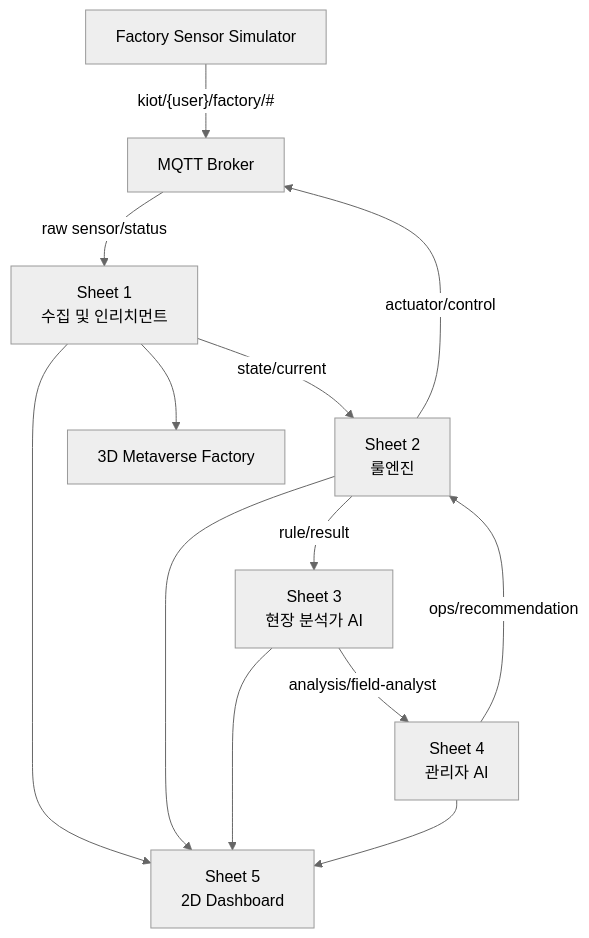
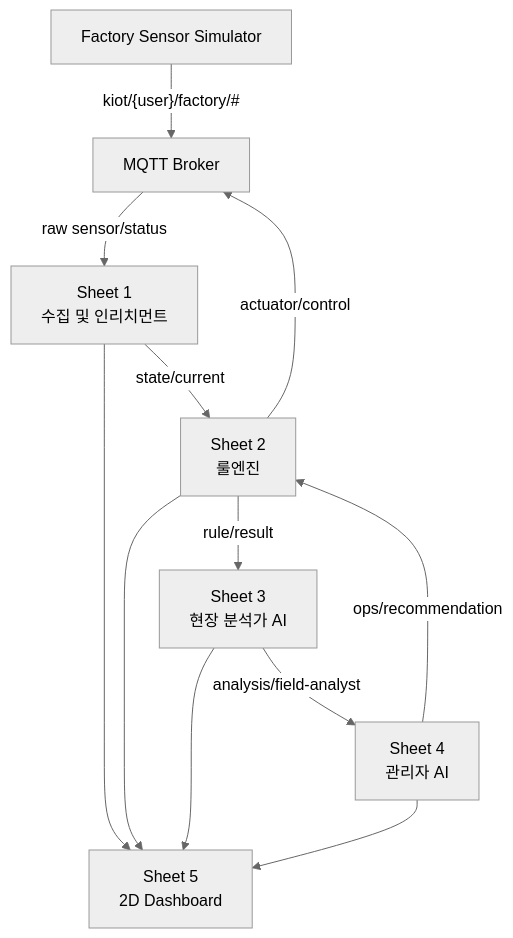
One commit to zenit9hub/withus-aiot-digital-twin-ops changed the diagram in docs/architecture/system-overview.md. Above: the diagram before and after it, drawn with Mermaid (neutral theme). The commit also changed other lines of this file and 23 other files, not shown here.

Commit message:
docs: simplify handbook flow

````diff
--- a/docs/architecture/system-overview.md
+++ b/docs/architecture/system-overview.md
@@ -14,24 +14,22 @@
 ```mermaid
 flowchart TB
   sim["Factory Sensor Simulator"]
   mqtt["MQTT Broker"]
   sheet1["Sheet 1<br/>수집 및 인리치먼트"]
   sheet2["Sheet 2<br/>룰엔진"]
   sheet3["Sheet 3<br/>현장 분석가 AI"]
   sheet4["Sheet 4<br/>관리자 AI"]
   dash["Sheet 5<br/>2D Dashboard"]
-  meta["3D Metaverse Factory"]
 
   sim -->|"kiot/{user}/factory/#"| mqtt
   mqtt -->|"raw sensor/status"| sheet1
   sheet1 -->|"state/current"| sheet2
   sheet2 -->|"rule/result"| sheet3
   sheet3 -->|"analysis/field-analyst"| sheet4
   sheet4 -->|"ops/recommendation"| sheet2
   sheet2 -->|"actuator/control"| mqtt
   sheet1 --> dash
   sheet2 --> dash
   sheet3 --> dash
   sheet4 --> dash
-  sheet1 --> meta
 ```
````
